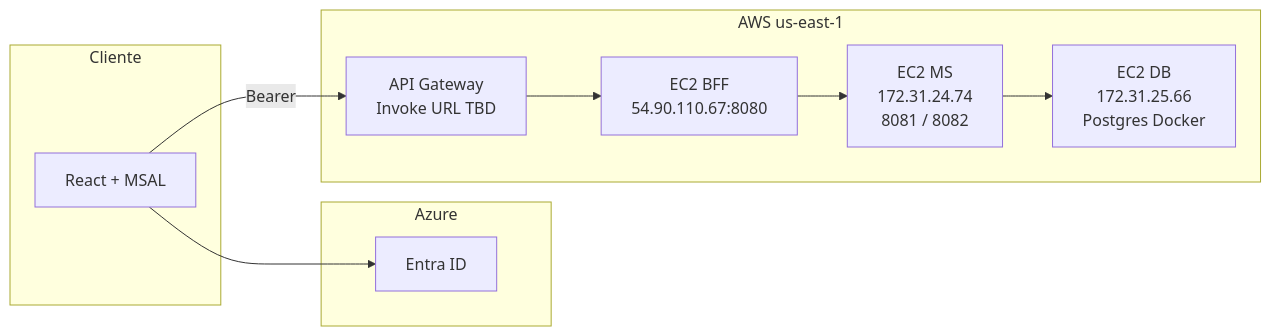
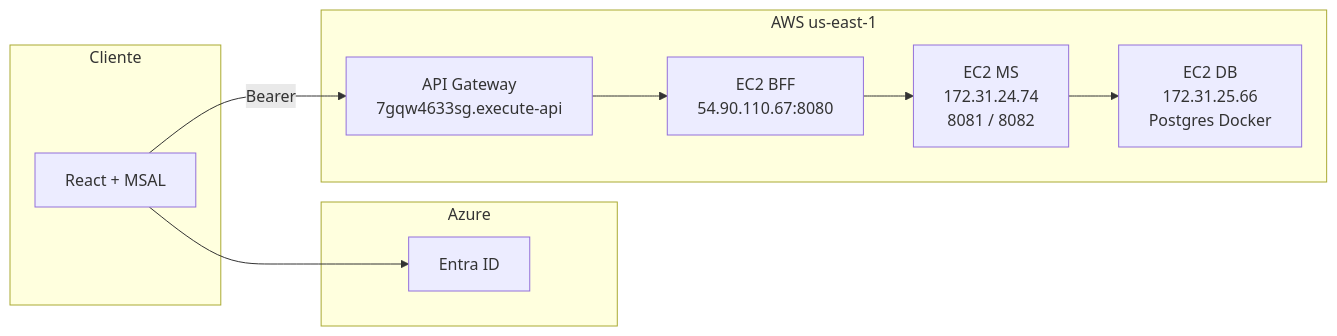
Before and after one commit to Barrolas/duoc-mesatech: the fourth of 4 diagrams in docs/arquitectura/diagrama.md, drawn with Mermaid. The commit also changed other lines of this file and 90 other files, not shown here.

````diff
--- a/docs/arquitectura/diagrama.md
+++ b/docs/arquitectura/diagrama.md
@@ -229,20 +229,20 @@
 ```mermaid
 flowchart LR
     subgraph Azure
         ENTRA[Entra ID]
     end
     subgraph Cliente
         R[React + MSAL]
     end
     subgraph AWS["AWS us-east-1"]
-        GW[API Gateway<br/>Invoke URL TBD]
+        GW[API Gateway<br/>7gqw4633sg.execute-api]
         BFF[EC2 BFF<br/>54.90.110.67:8080]
         MS[EC2 MS<br/>172.31.24.74<br/>8081 / 8082]
         DB[EC2 DB<br/>172.31.25.66<br/>Postgres Docker]
     end
     R --> ENTRA
     R -->|Bearer| GW
     GW --> BFF
     BFF --> MS
     MS --> DB
 ```
````
